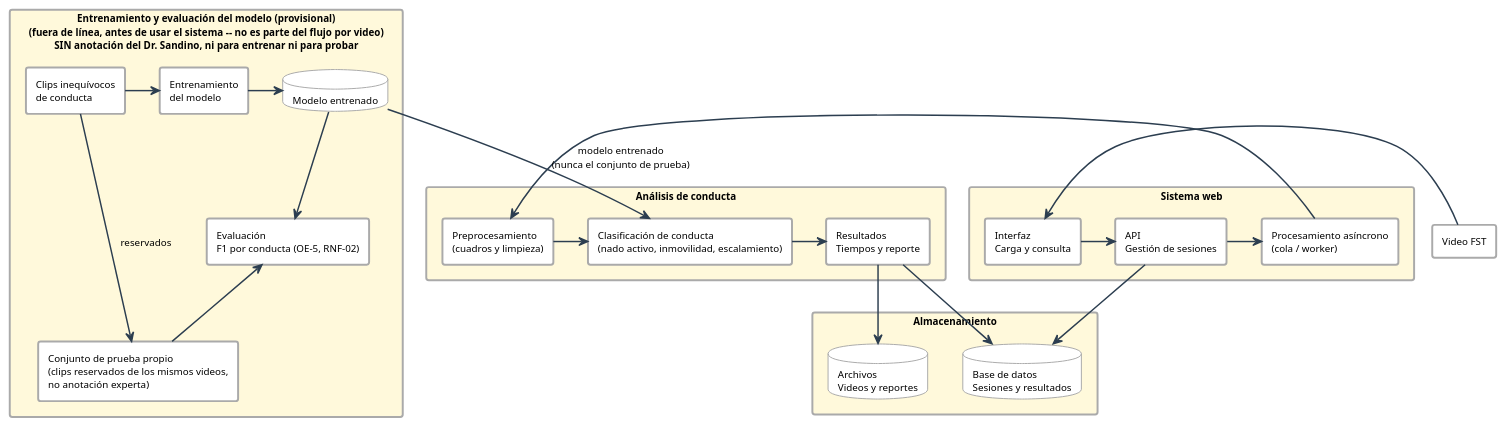
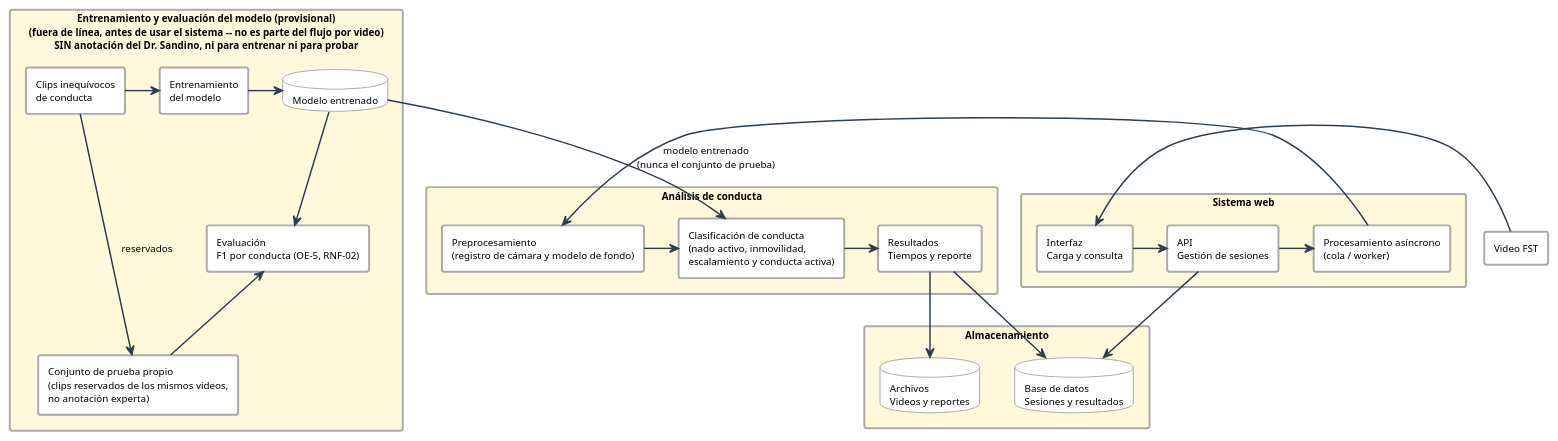
Before and after one commit to ErickJester/fst-ai-system-latex: the diagram in diagramas/flujo_general.puml, drawn with PlantUML. The commit also changed 25 other files, not shown here.

```diff
--- a/diagramas/flujo_general.puml
+++ b/diagramas/flujo_general.puml
@@ -1,113 +1,113 @@
 @startuml flujo_general
 ' ================================================================
 '  Flujo general del sistema
 '  Base de datos FST | TT 2026-B066 | ESCOM-IPN
 '  Frausto Robles Angel Ali . Rodriguez Verdin Sandoval Vanesa
 ' ----------------------------------------------------------------
 '  Reemplaza a docs/diagramas.pdf pagina 2 / figures/mermaid/arquitectura.png
 '  (no habia .puml/.mmd fuente, solo la imagen renderizada).
 '
 '  Que corrige, con fuente:
 '  El bloque viejo "Referencia y validacion" encadenaba: Anotacion
 '  experta (conjunto de prueba) -> Dataset de referencia ->
 '  Entrenamiento del modelo -> Modelo entrenado. Eso alimenta el
 '  entrenamiento con la anotacion experta que se guardo como
 '  "conjunto de prueba" -- exactamente lo contrario de la estrategia
 '  ya acordada por el equipo: el clasificador se entrena con CLIPS
 '  INEQUIVOCOS de conducta, y los reportes BORIS (anotacion experta)
 '  se usan SOLO COMO PRUEBA, nunca para entrenar -- para no
 '  sobreajustar a los patrones de un solo anotador. Ademas, ese
 '  "Dataset de referencia" alimentando el entrenamiento es la misma
 '  figura de "gold standard" que CLAUDE.md marca como eliminada
 '  (prohibicion vigente, 2026-04-30, provisional).
 '
 '  Primera corrección (insuficiente): separar clips -> entrenamiento
 '  de BORIS -> conjunto de prueba -> evaluación seguía sin resolver
 '  el problema de fondo -- BORIS es la anotación manual del Dr.
 '  Sandino, y compararse contra ella para sacar F1 ES un gold
 '  standard con otro nombre, aunque ya no se llame así.
 '
 '  Corrección real: la prohibición vigente de CLAUDE.md dice que el
 '  clasificador se entrena "sin usar las anotaciones manuales del
 '  Dr. Sandino" y que F1 se mide sobre un "conjunto de prueba
 '  PROPIO" -- ni siquiera la prueba usa BORIS. Por eso este diagrama
 '  ya NO tiene ningún bloque de "Reportes BORIS" ni "anotación
 '  experta": tanto el entrenamiento como la prueba salen de los
 '  mismos clips inequívocos (un recorte held-out de esos clips sirve
 '  de conjunto de prueba propio). Únicamente el modelo entrenado
 '  (nunca el conjunto de prueba) alimenta el análisis de conducta en
 '  vivo.
 '
 '  Sigue marcado "provisional" porque la pregunta abierta de
 '  CLAUDE.md ("¿es académicamente aceptable presentar TT-II con solo
 '  F1 sobre conjunto de prueba propio?") no está confirmada con el
 '  Dr. Sandino todavía.
 '
 '  El resto del diagrama (Sistema web, Analisis de conducta,
 '  Almacenamiento) no cambia de fondo respecto del viejo.
 '
 '  Generar:
 '      java -jar plantuml.jar -tpng diagramas/flujo_general.puml
 ' ================================================================
 
 !theme plain
 skinparam defaultFontName Arial
 skinparam defaultFontSize 10
 skinparam shadowing false
 skinparam BackgroundColor White
 skinparam ArrowColor      #2C3E50
 skinparam ArrowThickness  1.5
 skinparam RectangleBorderColor #AAAAAA
 skinparam RectangleBorderThickness 2
 skinparam DatabaseBorderColor  #AAAAAA
 skinparam FolderBorderColor    #AAAAAA
 
 top to bottom direction
 
 rectangle "Video FST" as VID #FFFFFF
 
 rectangle "Entrenamiento y evaluación del modelo (provisional)\n(fuera de línea, antes de usar el sistema -- no es parte del flujo por video)\nSIN anotación del Dr. Sandino, ni para entrenar ni para probar" as REF #FFF9DB {
   rectangle "Clips inequívocos\nde conducta" as CLIPS
   rectangle "Entrenamiento\ndel modelo" as ENT
   database "Modelo entrenado" as MOD
   rectangle "Conjunto de prueba propio\n(clips reservados de los mismos videos,\nno anotación experta)" as TEST
   rectangle "Evaluación\nF1 por conducta (OE-5, RNF-02)" as EVAL
 
   CLIPS -right-> ENT
   CLIPS -down-> TEST : "reservados"
   ENT -right-> MOD
   MOD -down-> EVAL
   TEST -up-> EVAL
 }
 
 rectangle "Sistema web" as WEBBOX #FFF9DB {
   rectangle "Interfaz\nCarga y consulta" as IFZ
   rectangle "API\nGestión de sesiones" as API
   rectangle "Procesamiento asíncrono\n(cola / worker)" as ASYNC
 
   IFZ -right-> API
   API -right-> ASYNC
 }
 
 rectangle "Análisis de conducta" as CONDUCTA #FFF9DB {
-  rectangle "Preprocesamiento\n(cuadros y limpieza)" as PRE
-  rectangle "Clasificación de conducta\n(nado activo, inmovilidad, escalamiento)" as CLASIF
+  rectangle "Preprocesamiento\n(registro de cámara y modelo de fondo)" as PRE
+  rectangle "Clasificación de conducta\n(nado activo, inmovilidad,\nescalamiento y conducta activa)" as CLASIF
   rectangle "Resultados\nTiempos y reporte" as RES
 
   PRE -right-> CLASIF
   CLASIF -right-> RES
 }
 
 rectangle "Almacenamiento" as ALM #FFF9DB {
   database "Archivos\nVideos y reportes" as ARCH
   database "Base de datos\nSesiones y resultados" as BD
 }
 
 VID -right-> IFZ
 ASYNC -right-> PRE
 MOD -down-> CLASIF : "modelo entrenado\n(nunca el conjunto de prueba)"
 API -down-> BD
 RES -right-> ARCH
 RES -down-> BD
 
 @enduml
```
